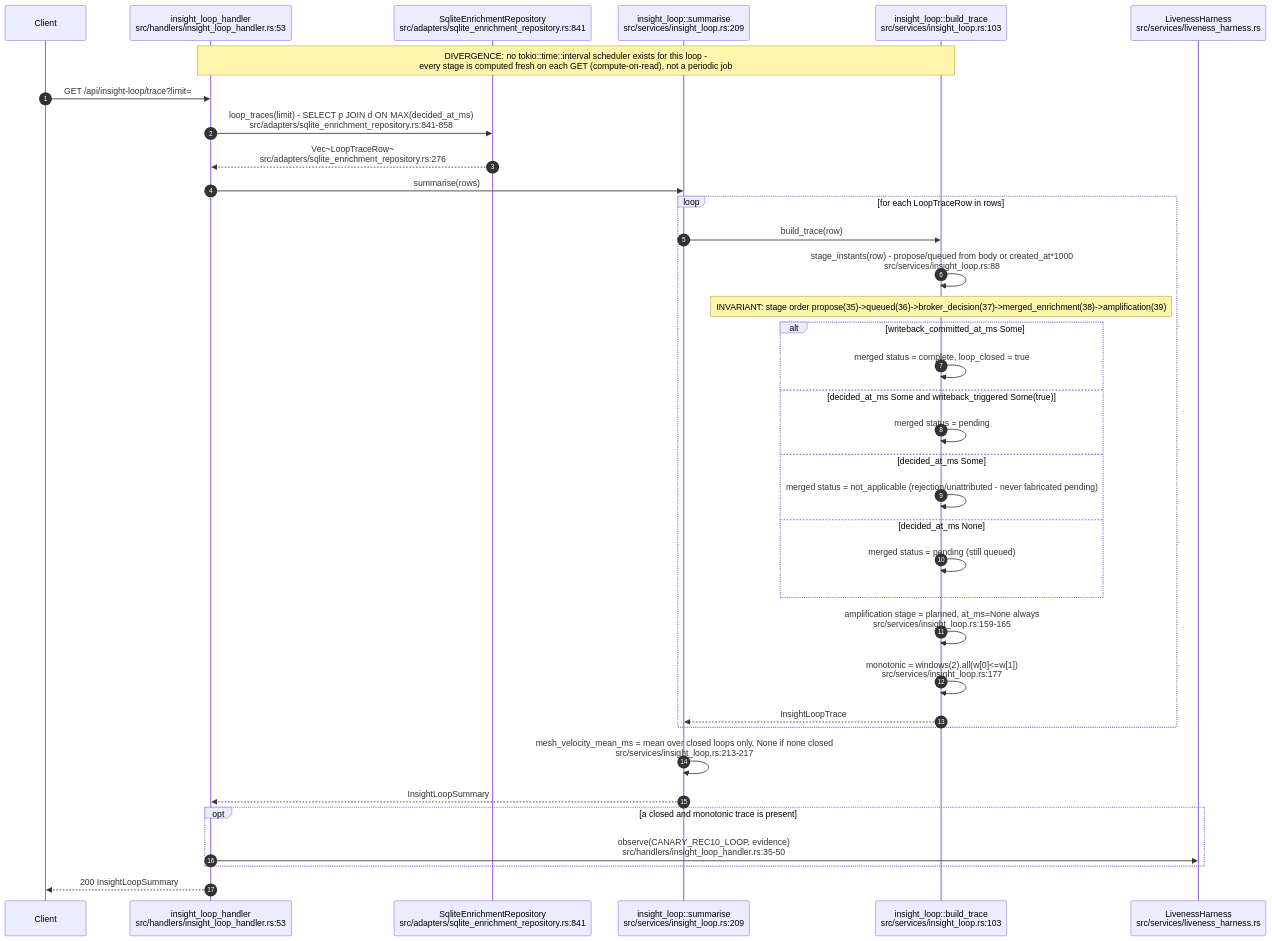
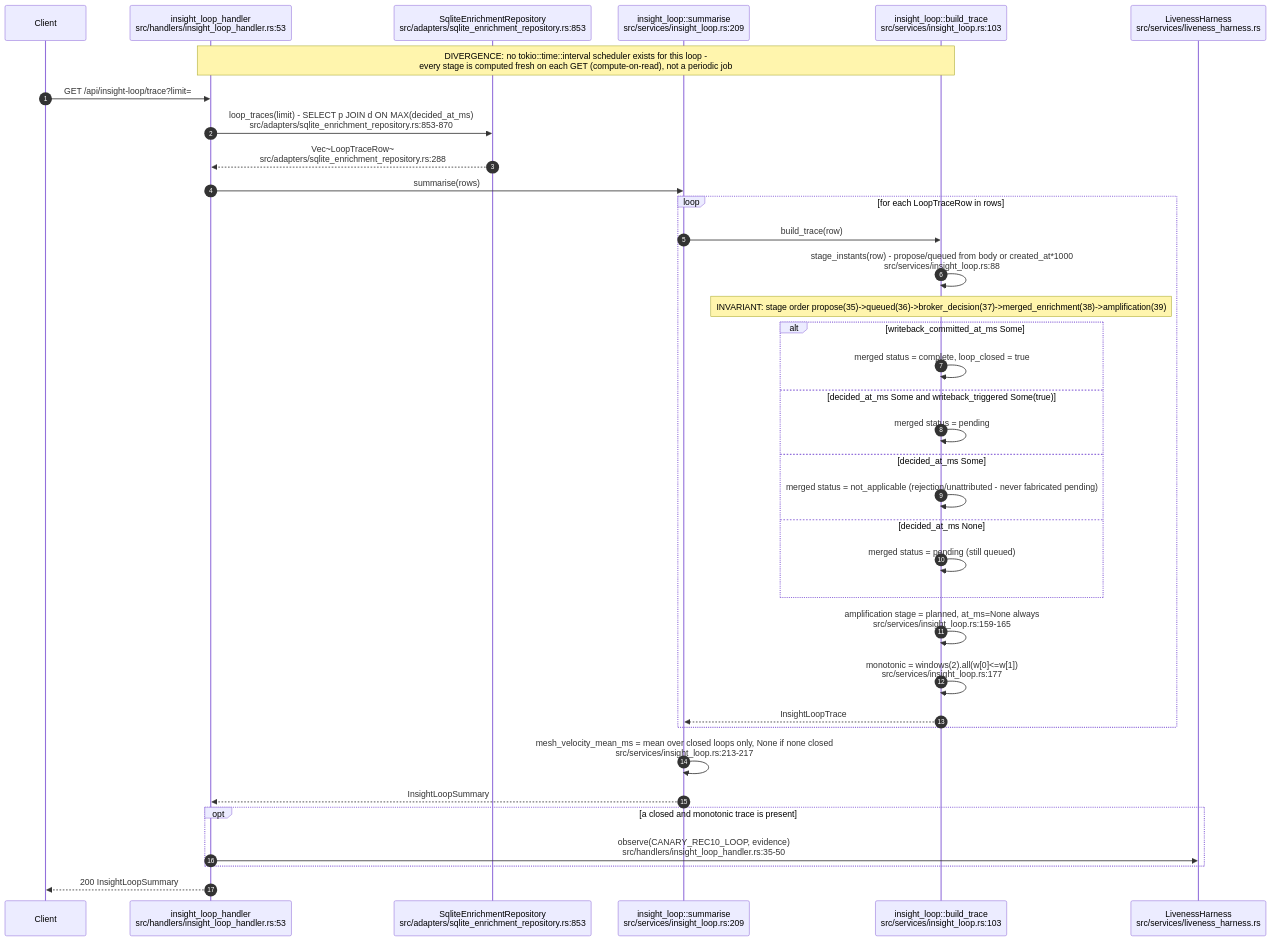
The first of 11 diagrams in docs/diagrams/visionclaw/25-insight-kpi-nlq-semantics.md (DreamLab-AI/VisionFlow), drawn with Mermaid before and after one commit. The commit also changed other lines of this file and 160 other files, not shown here.

````diff
--- a/docs/diagrams/visionclaw/25-insight-kpi-nlq-semantics.md
+++ b/docs/diagrams/visionclaw/25-insight-kpi-nlq-semantics.md
@@ -46,39 +50,39 @@
 ```mermaid
 sequenceDiagram
     autonumber
     participant C as Client
     participant H as insight_loop_handler<br/>src/handlers/insight_loop_handler.rs:53
-    participant R as SqliteEnrichmentRepository<br/>src/adapters/sqlite_enrichment_repository.rs:841
+    participant R as SqliteEnrichmentRepository<br/>src/adapters/sqlite_enrichment_repository.rs:853
     participant L as insight_loop::summarise<br/>src/services/insight_loop.rs:209
     participant B as insight_loop::build_trace<br/>src/services/insight_loop.rs:103
     participant LH as LivenessHarness<br/>src/services/liveness_harness.rs
 
     Note over H,B: DIVERGENCE: no tokio::time::interval scheduler exists for this loop -<br/>every stage is computed fresh on each GET (compute-on-read), not a periodic job
     C->>H: GET /api/insight-loop/trace?limit=
-    H->>R: loop_traces(limit) - SELECT p JOIN d ON MAX(decided_at_ms)<br/>src/adapters/sqlite_enrichment_repository.rs:841-858
-    R-->>H: Vec~LoopTraceRow~<br/>src/adapters/sqlite_enrichment_repository.rs:276
+    H->>R: loop_traces(limit) - SELECT p JOIN d ON MAX(decided_at_ms)<br/>src/adapters/sqlite_enrichment_repository.rs:853-870
+    R-->>H: Vec~LoopTraceRow~<br/>src/adapters/sqlite_enrichment_repository.rs:288
     H->>L: summarise(rows)
     loop for each LoopTraceRow in rows
         L->>B: build_trace(row)
         B->>B: stage_instants(row) - propose/queued from body or created_at*1000<br/>src/services/insight_loop.rs:88
         Note over B: INVARIANT: stage order propose(35)->queued(36)->broker_decision(37)->merged_enrichment(38)->amplification(39)
         alt writeback_committed_at_ms Some
             B->>B: merged status = complete, loop_closed = true
         else decided_at_ms Some and writeback_triggered Some(true)
             B->>B: merged status = pending
         else decided_at_ms Some
             B->>B: merged status = not_applicable (rejection/unattributed - never fabricated pending)
         else decided_at_ms None
             B->>B: merged status = pending (still queued)
         end
         B->>B: amplification stage = planned, at_ms=None always<br/>src/services/insight_loop.rs:159-165
         B->>B: monotonic = windows(2).all(w[0]<=w[1])<br/>src/services/insight_loop.rs:177
         B-->>L: InsightLoopTrace
     end
     L->>L: mesh_velocity_mean_ms = mean over closed loops only, None if none closed<br/>src/services/insight_loop.rs:213-217
     L-->>H: InsightLoopSummary
     opt a closed and monotonic trace is present
         H->>LH: observe(CANARY_REC10_LOOP, evidence)<br/>src/handlers/insight_loop_handler.rs:35-50
     end
     H-->>C: 200 InsightLoopSummary
 ```
````
